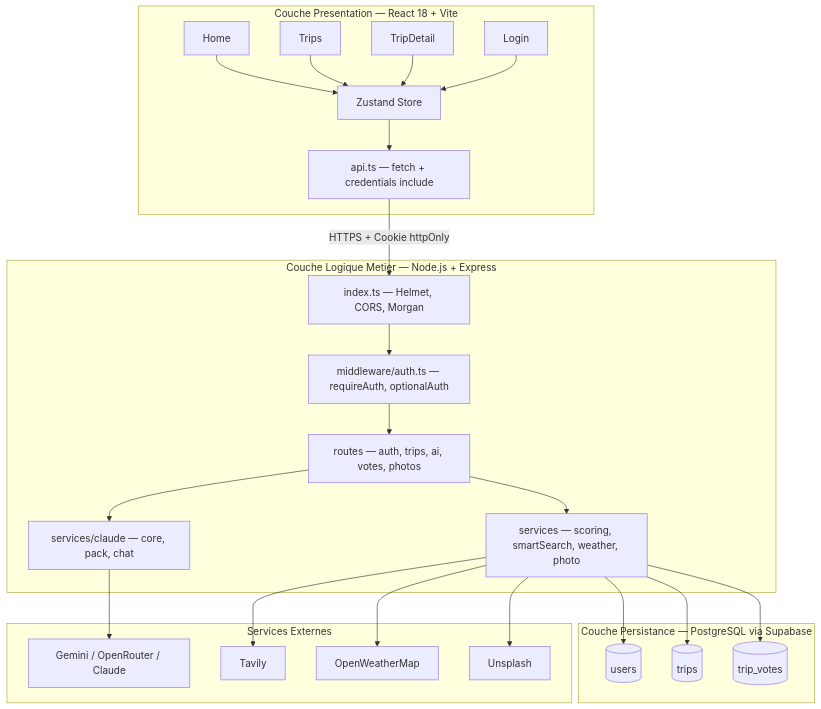
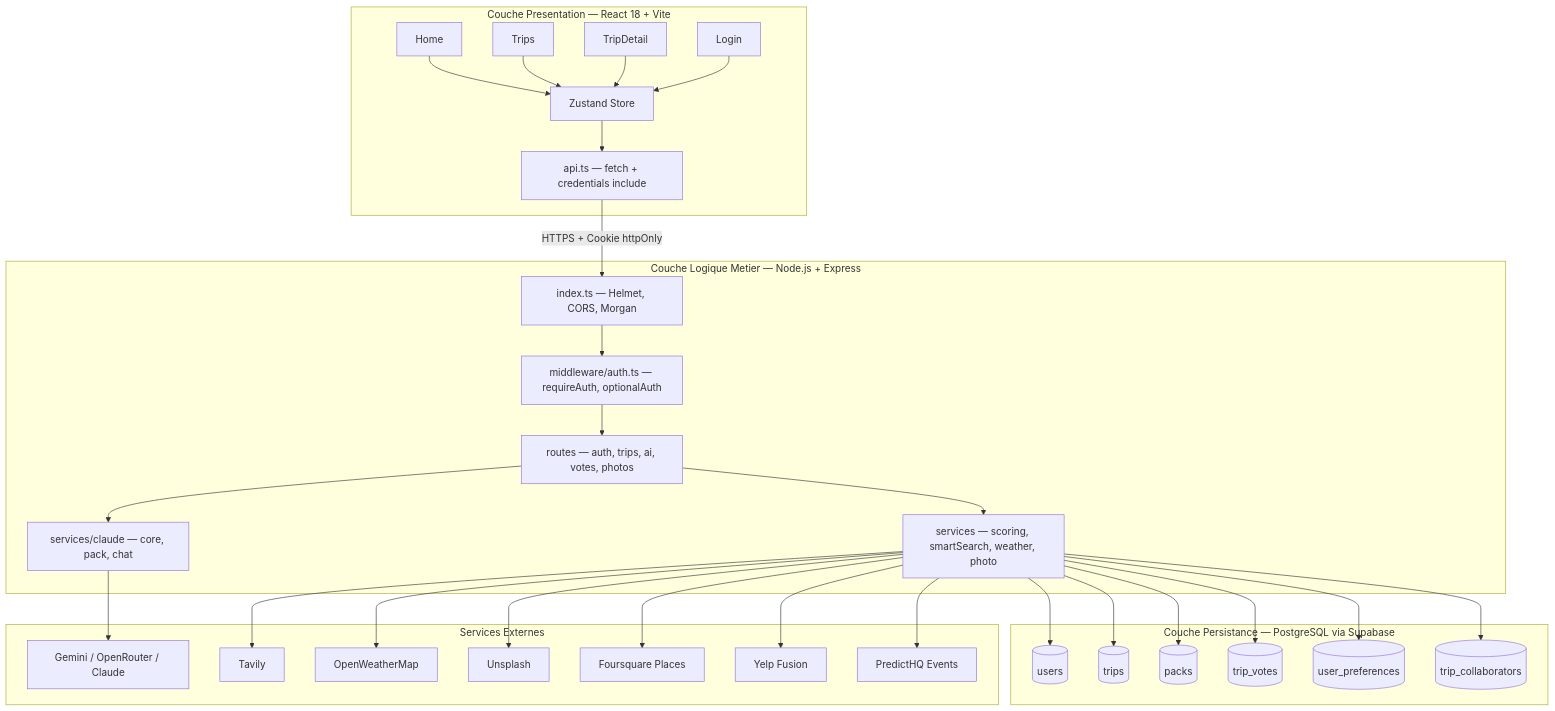
One commit to loties1533/tripgenie changed the fifth of 7 diagrams in docs/DIAGRAMS.md. Above: the diagram before and after it, drawn with Mermaid. The commit also changed other lines of this file and 3 other files, not shown here.

Commit message:
docs: documentation technique (PDF/DOCX), CLAUDE.md et diagrammes

````diff
--- a/docs/DIAGRAMS.md
+++ b/docs/DIAGRAMS.md
@@ -174,39 +219,45 @@
 ```mermaid
 graph TB
     subgraph CLIENT["Couche Presentation — React 18 + Vite"]
         P1[Home]
         P2[Trips]
         P3[TripDetail]
         P4[Login]
         ST[Zustand Store]
         API[api.ts — fetch + credentials include]
         P1 & P2 & P3 & P4 --> ST --> API
     end
 
     subgraph SERVER["Couche Logique Metier — Node.js + Express"]
         IDX[index.ts — Helmet, CORS, Morgan]
         MW[middleware/auth.ts — requireAuth, optionalAuth]
         RT[routes — auth, trips, ai, votes, photos]
         SVC[services — scoring, smartSearch, weather, photo]
         AI[services/claude — core, pack, chat]
         IDX --> MW --> RT --> SVC & AI
     end
 
     subgraph DB["Couche Persistance — PostgreSQL via Supabase"]
         T1[(users)]
         T2[(trips)]
-        T3[(trip_votes)]
+        T3[(packs)]
+        T4[(trip_votes)]
+        T5[(user_preferences)]
+        T6[(trip_collaborators)]
     end
 
     subgraph EXT["Services Externes"]
         E1[Gemini / OpenRouter / Claude]
         E2[Tavily]
         E3[OpenWeatherMap]
         E4[Unsplash]
+        E5[Foursquare Places]
+        E6[Yelp Fusion]
+        E7[PredictHQ Events]
     end
 
     API -- "HTTPS + Cookie httpOnly" --> IDX
-    SVC --> T1 & T2 & T3
+    SVC --> T1 & T2 & T3 & T4 & T5 & T6
     AI --> E1
-    SVC --> E2 & E3 & E4
+    SVC --> E2 & E3 & E4 & E5 & E6 & E7
 ```
````
